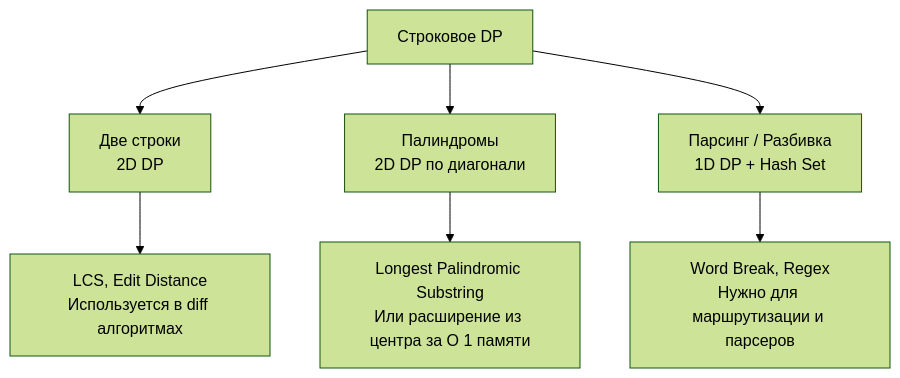
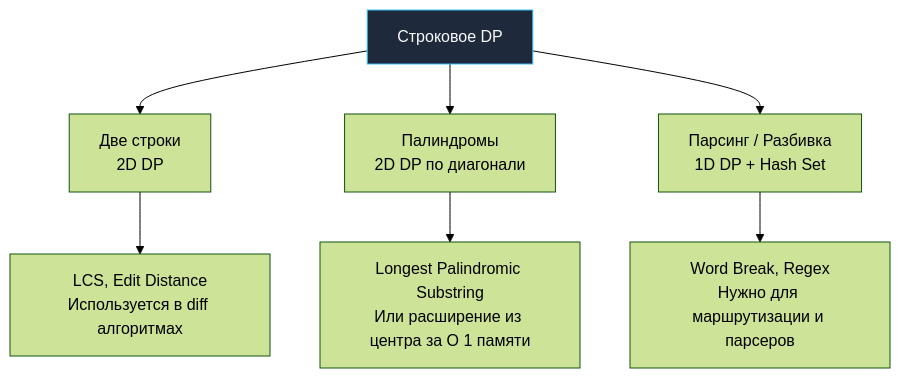
Before and after one commit to UnrealTemplier/go-textbook: the diagram in sources/21. Задачи с LeetCode и собеседований на Go/02. Задачи/20. Динамическое программирование на строках/1. Теория. DP на строках.md, drawn with Mermaid (forest theme). The commit also changed 1666 other files, not shown here.

First line of the commit message:
feat(mermaid): add semantic color classDef to 1369 colorless flowchart/graph diagrams

````diff
--- a/sources/21. Задачи с LeetCode и собеседований на Go/02. Задачи/20. Динамическое программирование на строках/1. Теория. DP на строках.md
+++ b/sources/21. Задачи с LeetCode и собеседований на Go/02. Задачи/20. Динамическое программирование на строках/1. Теория. DP на строках.md
@@ -62,10 +62,20 @@
 ```mermaid
 flowchart TD
-    A["Строковое DP"] --> B["Две строки<br>2D DP"]
+    classDef process  fill:#1e293b,stroke:#38bdf8,stroke-width:1px,color:#f8fafc
+    classDef success  fill:#064e3b,stroke:#34d399,stroke-width:1px,color:#f8fafc
+    classDef error    fill:#7f1d1d,stroke:#f87171,stroke-width:1px,color:#f8fafc
+    classDef warning  fill:#78350f,stroke:#fbbf24,stroke-width:1px,color:#f8fafc
+    classDef entry    fill:#1e3a5f,stroke:#38bdf8,stroke-width:2px,color:#f8fafc
+    classDef aux      fill:#334155,stroke:#64748b,stroke-width:1px,color:#f8fafc
+    classDef system   fill:#312e81,stroke:#a78bfa,stroke-width:1px,color:#f8fafc
+    classDef data     fill:#132d29,stroke:#2dd4bf,stroke-width:1px,color:#f8fafc
+    classDef network  fill:#881337,stroke:#fb7185,stroke-width:1px,color:#f8fafc
+    classDef accent   fill:#1e1b4b,stroke:#818cf8,stroke-width:1px,color:#f8fafc
+    A["Строковое DP"]:::process --> B["Две строки<br>2D DP"]
     A --> C["Палиндромы<br>2D DP по диагонали"]
     A --> D["Парсинг / Разбивка<br>1D DP + Hash Set"]
     
     B --> E["LCS, Edit Distance<br>Используется в diff алгоритмах"]
     C --> F["Longest Palindromic Substring<br>Или расширение из центра за O 1 памяти"]
     D --> G["Word Break, Regex<br>Нужно для маршрутизации и парсеров"]
 ```
````
